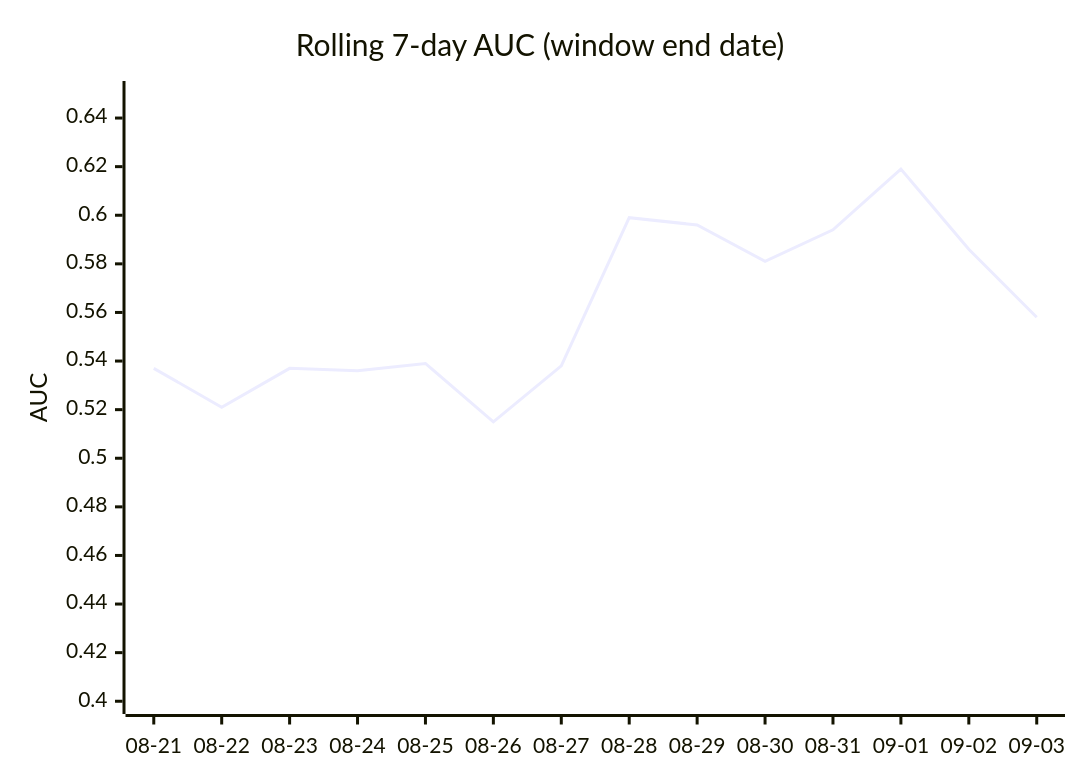
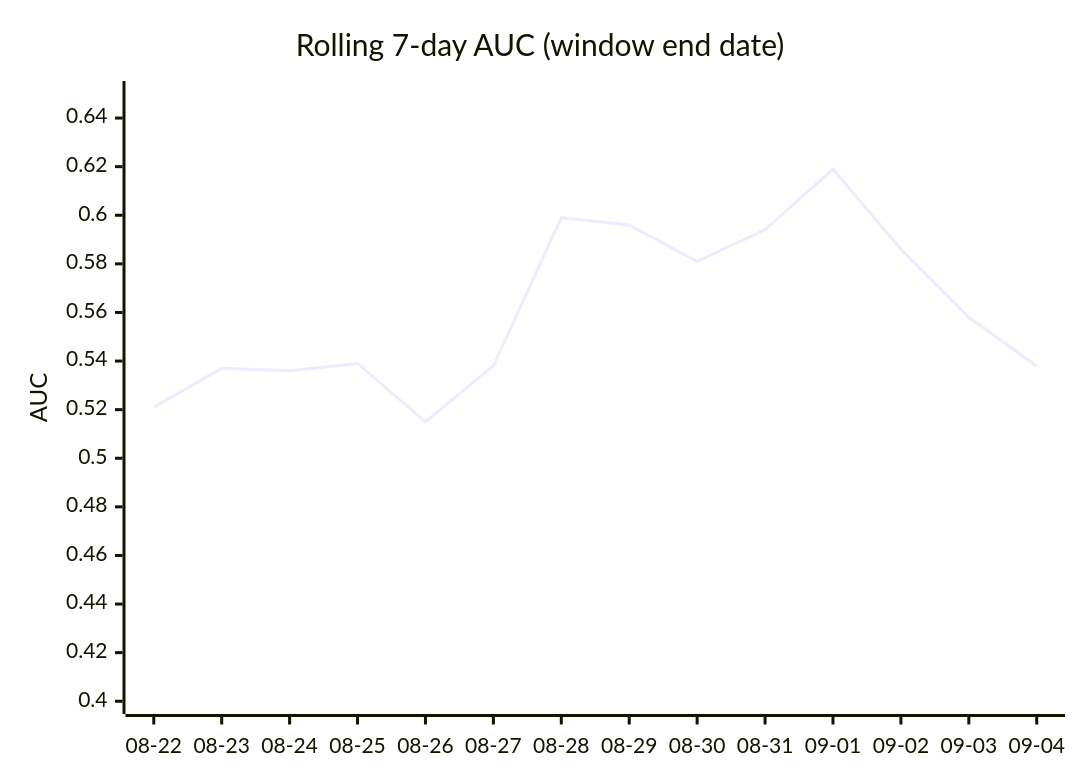
Before and after one commit to dpk1212/nhl-savant: the third of 4 diagrams in DAILY_AGSU_REPORT.md, drawn with Mermaid. The commit also changed other lines of this file, not shown here.

````diff
--- a/DAILY_AGSU_REPORT.md
+++ b/DAILY_AGSU_REPORT.md
@@ -851,7 +861,7 @@
 ```mermaid
 xychart-beta
     title "Rolling 7-day AUC (window end date)"
-    x-axis ["08-21", "08-22", "08-23", "08-24", "08-25", "08-26", "08-27", "08-28", "08-29", "08-30", "08-31", "09-01", "09-02", "09-03"]
+    x-axis ["08-22", "08-23", "08-24", "08-25", "08-26", "08-27", "08-28", "08-29", "08-30", "08-31", "09-01", "09-02", "09-03", "09-04"]
     y-axis "AUC" 0.4 --> 0.65
-    line [0.537, 0.521, 0.537, 0.536, 0.539, 0.515, 0.538, 0.599, 0.596, 0.581, 0.594, 0.619, 0.586, 0.558]
+    line [0.521, 0.537, 0.536, 0.539, 0.515, 0.538, 0.599, 0.596, 0.581, 0.594, 0.619, 0.586, 0.558, 0.538]
 ```
````
